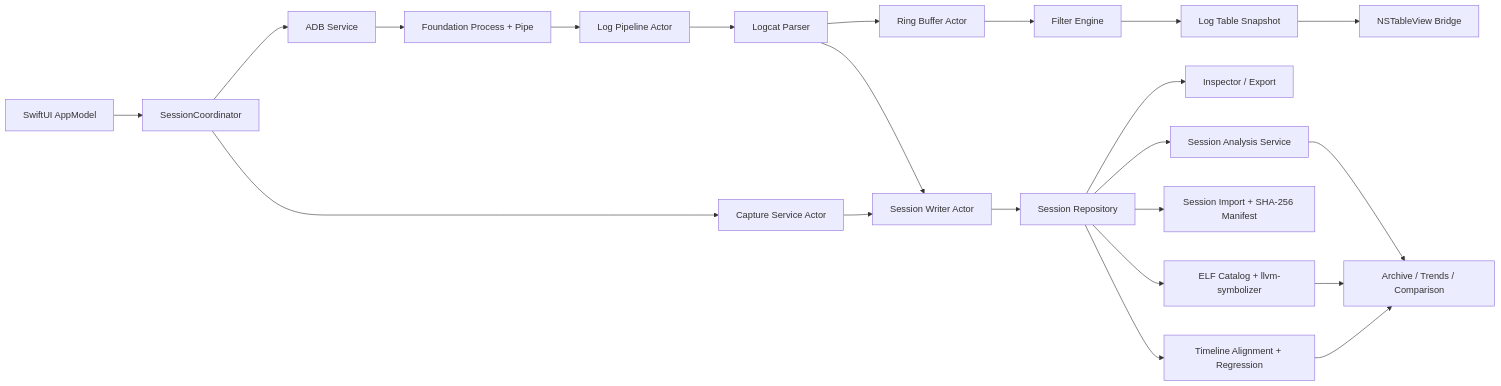
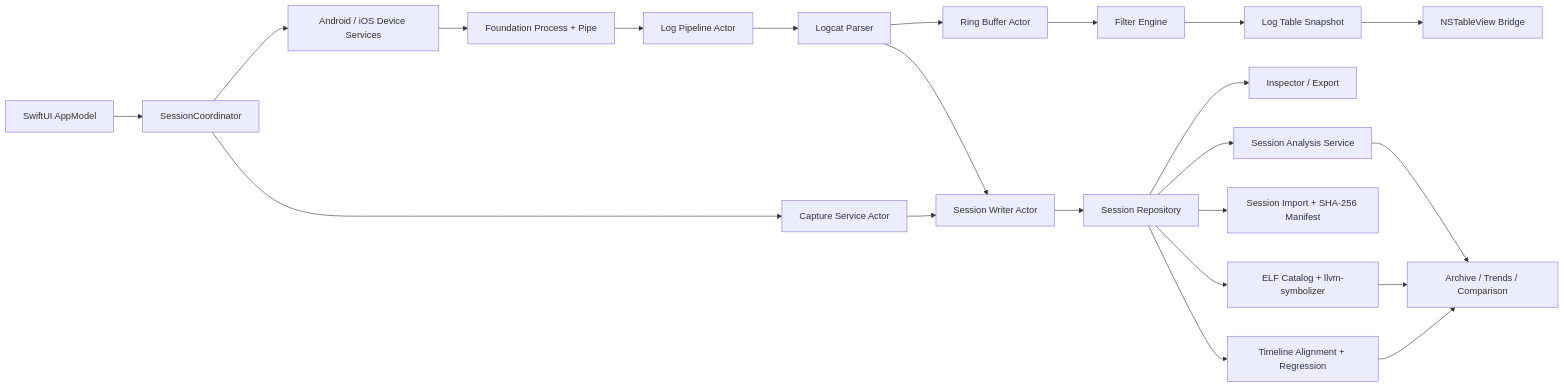
One commit to weic4001/EzGameLog changed the diagram in Docs/GameLog-Technical-Architecture.md. Above: the diagram before and after it, drawn with Mermaid. The commit also changed other lines of this file and 53 other files, not shown here.

````diff
--- a/Docs/GameLog-Technical-Architecture.md
+++ b/Docs/GameLog-Technical-Architecture.md
@@ -38,24 +39,24 @@
 ```mermaid
 flowchart LR
     UI[SwiftUI AppModel] --> COORD[SessionCoordinator]
-    COORD --> ADB[ADB Service]
-    ADB --> PROC[Foundation Process + Pipe]
+    COORD --> DEVICE[Android / iOS Device Services]
+    DEVICE --> PROC[Foundation Process + Pipe]
     PROC --> PIPE[Log Pipeline Actor]
     PIPE --> PARSER[Logcat Parser]
     PARSER --> BUFFER[Ring Buffer Actor]
     PARSER --> WRITER[Session Writer Actor]
     BUFFER --> FILTER[Filter Engine]
     FILTER --> SNAP[Log Table Snapshot]
     SNAP --> TABLE[NSTableView Bridge]
     COORD --> CAP[Capture Service Actor]
     CAP --> WRITER
     WRITER --> REPO[Session Repository]
     REPO --> INSP[Inspector / Export]
     REPO --> ANALYSIS[Session Analysis Service]
     ANALYSIS --> ARCHIVE[Archive / Trends / Comparison]
     REPO --> IMPORT[Session Import + SHA-256 Manifest]
     REPO --> REGRESSION[Timeline Alignment + Regression]
     REPO --> SYMBOLS[ELF Catalog + llvm-symbolizer]
     SYMBOLS --> ARCHIVE
     REGRESSION --> ARCHIVE
 ```
````
